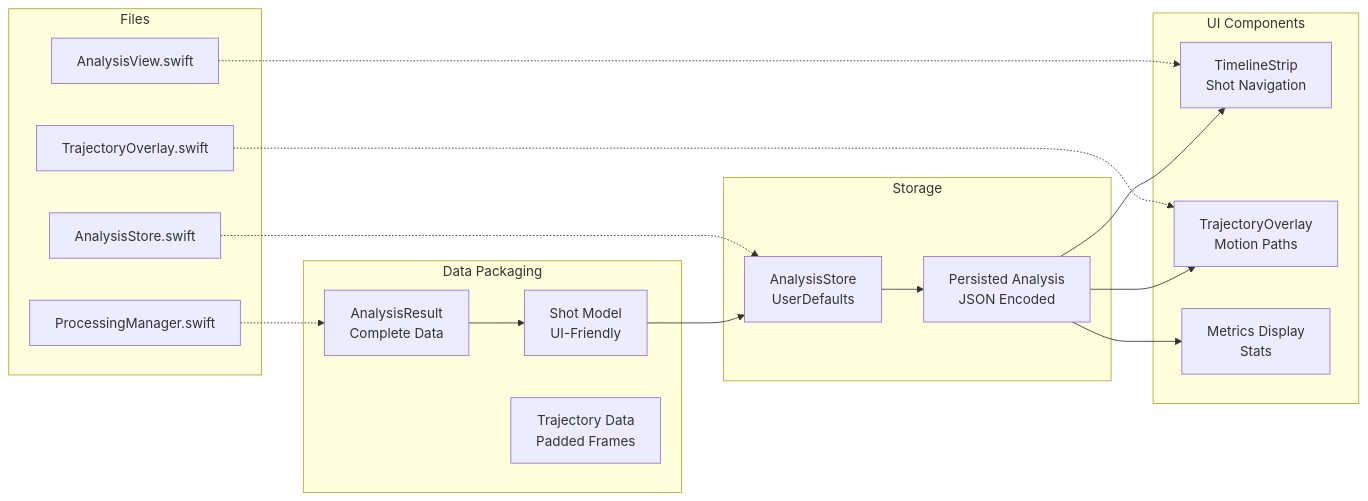
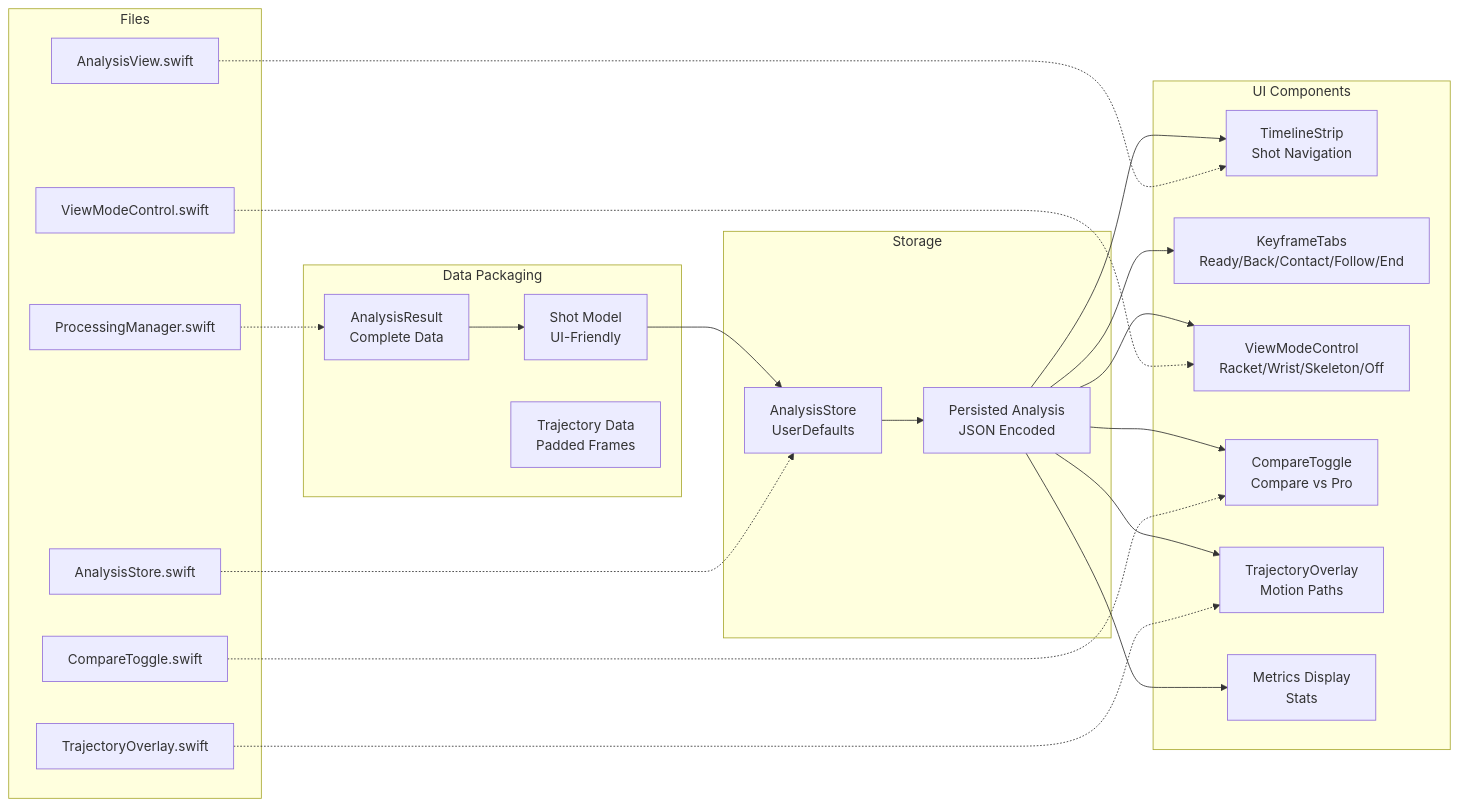
Before and after one commit to victorzhrn/swingmaster: the seventh of 10 diagrams in docs/0.4 Video Processing Architecture.md, drawn with Mermaid. The commit also changed other lines of this file and 7 other files, not shown here.

First line of the commit message:
Enhance Analysis View with Unified View Mode Control and Keyframe Tabs

````diff
--- a/docs/0.4 Video Processing Architecture.md
+++ b/docs/0.4 Video Processing Architecture.md
@@ -365,39 +373,49 @@
 ```mermaid
 flowchart LR
     subgraph "Data Packaging"
         RES[AnalysisResult<br/>Complete Data]
         SHOT[Shot Model<br/>UI-Friendly]
         TRAJ[Trajectory Data<br/>Padded Frames]
     end
     
     subgraph "Storage"
         STORE[AnalysisStore<br/>UserDefaults]
         PERSIST[Persisted Analysis<br/>JSON Encoded]
     end
     
     subgraph "UI Components"
         TIMELINE[TimelineStrip<br/>Shot Navigation]
+        TABS[KeyframeTabs<br/>Ready/Back/Contact/Follow/End]
+        VMC[ViewModeControl<br/>Racket/Wrist/Skeleton/Off]
+        CT[CompareToggle<br/>Compare vs Pro]
         OVERLAY[TrajectoryOverlay<br/>Motion Paths]
         METRICS_UI[Metrics Display<br/>Stats]
     end
     
     subgraph "Files"
         F1[ProcessingManager.swift]
         F2[AnalysisStore.swift]
         F3[AnalysisView.swift]
-        F4[TrajectoryOverlay.swift]
+        F4[ViewModeControl.swift]
+        F5[CompareToggle.swift]
+        F6[TrajectoryOverlay.swift]
     end
     
     RES --> SHOT
     SHOT --> STORE
     STORE --> PERSIST
     
     PERSIST --> TIMELINE
+    PERSIST --> TABS
+    PERSIST --> VMC
+    PERSIST --> CT
     PERSIST --> OVERLAY
     PERSIST --> METRICS_UI
     
     F1 -.-> RES
     F2 -.-> STORE
     F3 -.-> TIMELINE
-    F4 -.-> OVERLAY
+    F4 -.-> VMC
+    F5 -.-> CT
+    F6 -.-> OVERLAY
 ```
````
